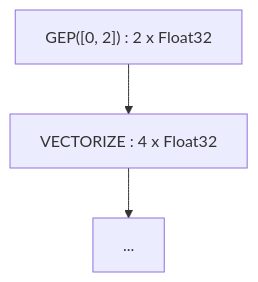
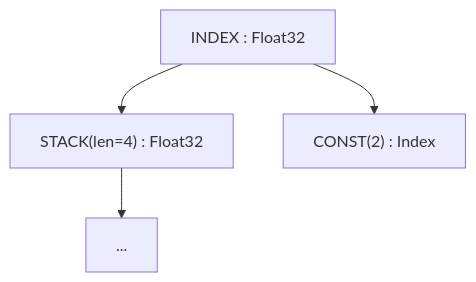
One commit to npatsakula/morok changed diagram 12 of 16 in website/docs/architecture/op-bestiary.md. Above: the diagram before and after it, drawn with Mermaid. The commit also changed other lines of this file and 63 other files, not shown here.

First line of the commit message:
[*] docs: verify the architecture chapter against the IR and optimizer

````diff
--- a/website/docs/architecture/op-bestiary.md
+++ b/website/docs/architecture/op-bestiary.md
@@ -467,5 +455,6 @@
 ```mermaid
 flowchart TD
-  G["GEP([0, 2]) : 2 x Float32"] --> V["VECTORIZE : 4 x Float32"]
+  G["INDEX : Float32"] --> V["STACK(len=4) : Float32"]
+  G --> C["CONST(2) : Index"]
   V --> E["..."]
 ```
````
